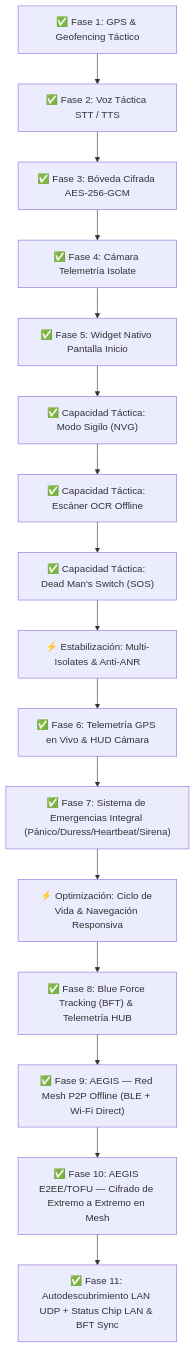
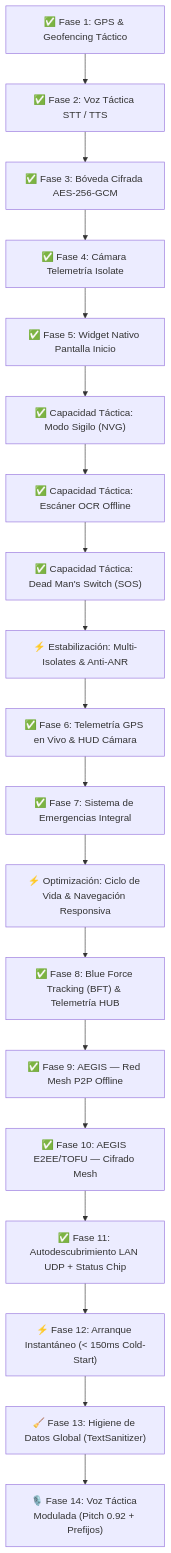
Before and after one commit to zuluetaulianov-eng/cobalto_mobile: the diagram in README.md, drawn with Mermaid. The commit also changed other lines of this file, not shown here.

Commit message:
docs: update README.md to v1.1.0 RELEASE documenting instant boot, TextSanitizer, tactical voice tuning, and background zero-overhead architecture

````diff
--- a/README.md
+++ b/README.md
@@ -17,18 +17,21 @@
 ```mermaid
 graph TD
     A["✅ Fase 1: GPS & Geofencing Táctico"] --> B["✅ Fase 2: Voz Táctica STT / TTS"]
     B --> C["✅ Fase 3: Bóveda Cifrada AES-256-GCM"]
     C --> D["✅ Fase 4: Cámara Telemetría Isolate"]
     D --> E["✅ Fase 5: Widget Nativo Pantalla Inicio"]
     E --> F["✅ Capacidad Táctica: Modo Sigilo (NVG)"]
     F --> G["✅ Capacidad Táctica: Escáner OCR Offline"]
     G --> H["✅ Capacidad Táctica: Dead Man's Switch (SOS)"]
     H --> I["⚡ Estabilización: Multi-Isolates & Anti-ANR"]
     I --> J["✅ Fase 6: Telemetría GPS en Vivo & HUD Cámara"]
-    J --> K["✅ Fase 7: Sistema de Emergencias Integral (Pánico/Duress/Heartbeat/Sirena)"]
+    J --> K["✅ Fase 7: Sistema de Emergencias Integral"]
     K --> L["⚡ Optimización: Ciclo de Vida & Navegación Responsiva"]
     L --> M["✅ Fase 8: Blue Force Tracking (BFT) & Telemetría HUB"]
-    M --> N["✅ Fase 9: AEGIS — Red Mesh P2P Offline (BLE + Wi-Fi Direct)"]
-    N --> O["✅ Fase 10: AEGIS E2EE/TOFU — Cifrado de Extremo a Extremo en Mesh"]
-    O --> P["✅ Fase 11: Autodescubrimiento LAN UDP + Status Chip LAN & BFT Sync"]
+    M --> N["✅ Fase 9: AEGIS — Red Mesh P2P Offline"]
+    N --> O["✅ Fase 10: AEGIS E2EE/TOFU — Cifrado Mesh"]
+    O --> P["✅ Fase 11: Autodescubrimiento LAN UDP + Status Chip"]
+    P --> Q["⚡ Fase 12: Arranque Instantáneo (< 150ms Cold-Start)"]
+    Q --> R["🧹 Fase 13: Higiene de Datos Global (TextSanitizer)"]
+    R --> S["🎙️ Fase 14: Voz Táctica Modulada (Pitch 0.92 + Prefijos)"]
 ```
````
